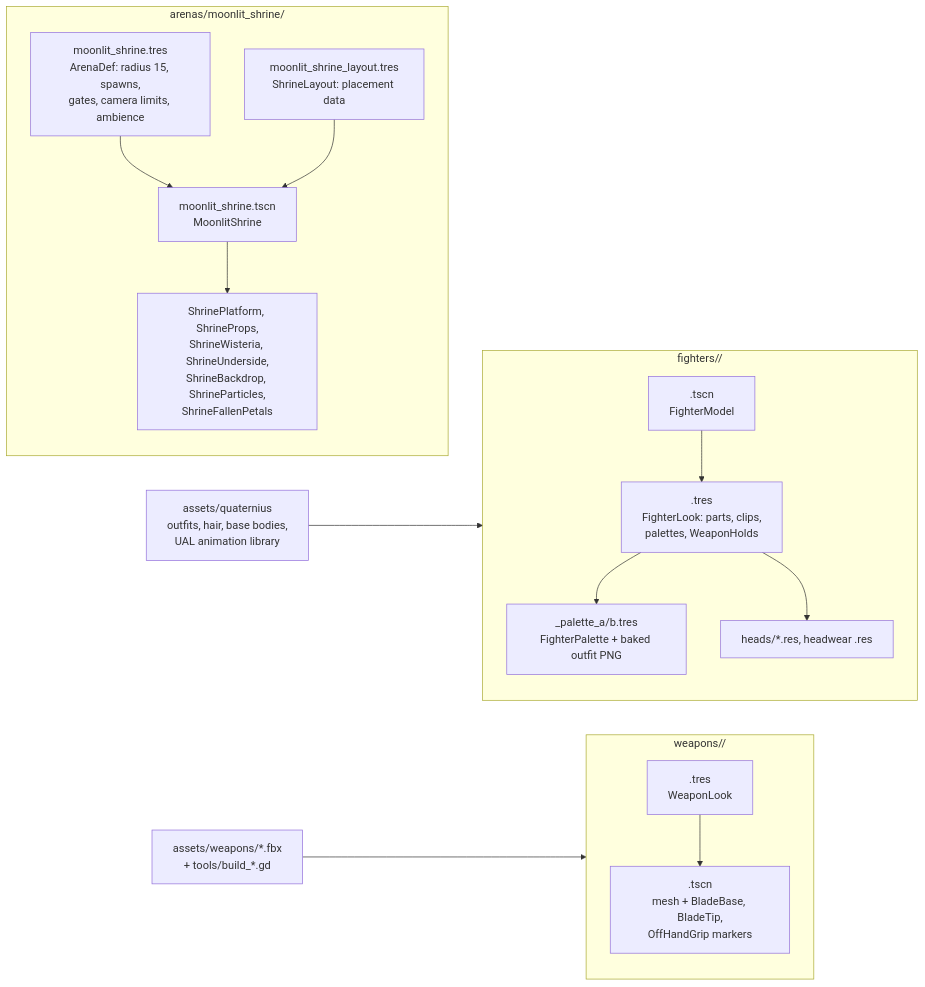
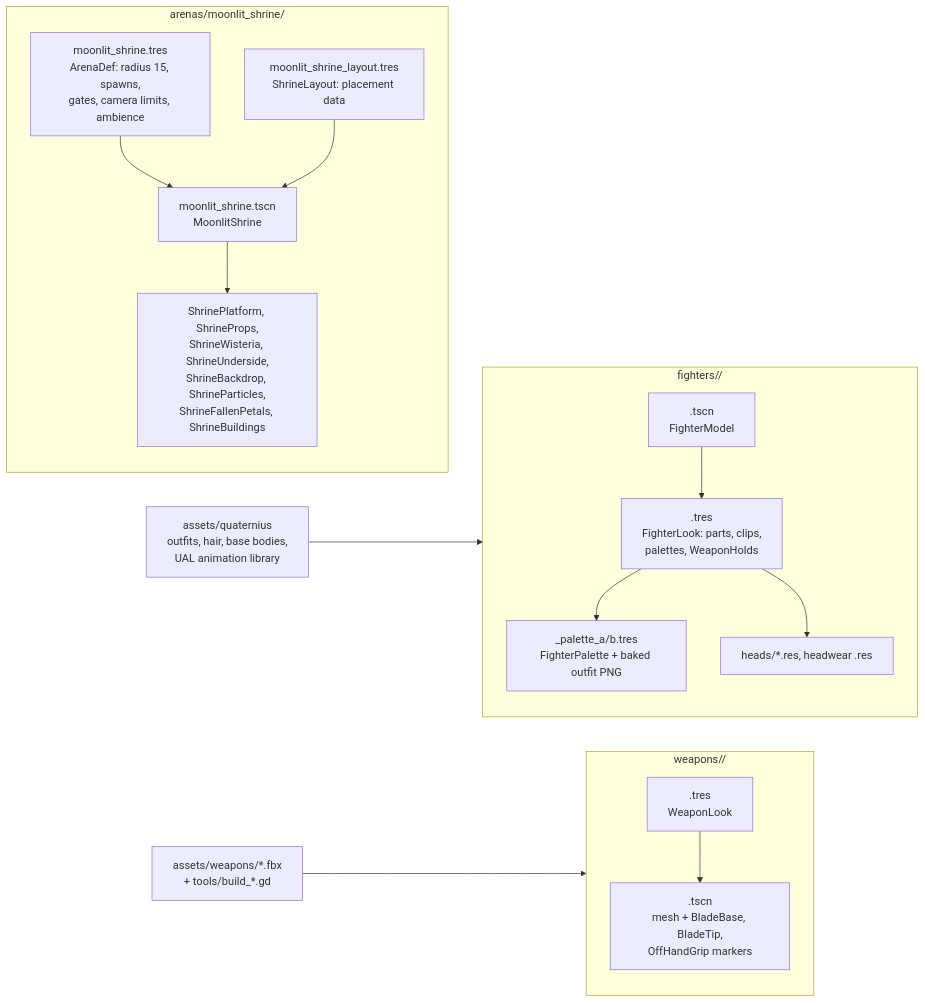
Diagram 14 of 22 in docs/architecture.md (Arod231/monomachia), drawn with Mermaid before and after one commit. The commit also changed other lines of this file and 32 other files, not shown here.

First line of the commit message:
Remodel the Shrine's buildings in Blender (M1 task 132, held for the owner's review)

````diff
--- a/docs/architecture.md
+++ b/docs/architecture.md
@@ -762,18 +762,18 @@
 ```mermaid
 flowchart LR
     subgraph FIGHTER["fighters/<id>/"]
         FTSCN["<id>.tscn<br/>FighterModel"] --> FTRES["<id>.tres<br/>FighterLook: parts, clips,<br/>palettes, WeaponHolds"]
         FTRES --> PAL["<id>_palette_a/b.tres<br/>FighterPalette + baked outfit PNG"]
         FTRES --> HEAD["heads/*.res, headwear .res"]
     end
     subgraph WEAPON["weapons/<id>/"]
         WRES["<id>.tres<br/>WeaponLook"] --> WSCN["<id>.tscn<br/>mesh + BladeBase, BladeTip,<br/>OffHandGrip markers"]
     end
     subgraph ARENA["arenas/moonlit_shrine/"]
         ADEF["moonlit_shrine.tres<br/>ArenaDef: radius 15, spawns,<br/>gates, camera limits, ambience"] --> ASCN["moonlit_shrine.tscn<br/>MoonlitShrine"]
-        ASCN --> PARTS["ShrinePlatform, ShrineProps,<br/>ShrineWisteria, ShrineUnderside,<br/>ShrineBackdrop, ShrineParticles,<br/>ShrineFallenPetals"]
+        ASCN --> PARTS["ShrinePlatform, ShrineProps,<br/>ShrineWisteria, ShrineUnderside,<br/>ShrineBackdrop, ShrineParticles,<br/>ShrineFallenPetals, ShrineBuildings"]
         LAYOUT["moonlit_shrine_layout.tres<br/>ShrineLayout: placement data"] --> ASCN
     end
     ASSETS["assets/quaternius<br/>outfits, hair, base bodies,<br/>UAL animation library"] --> FIGHTER
     SRCW["assets/weapons/*.fbx<br/>+ tools/build_*.gd"] --> WEAPON
 ```
````
